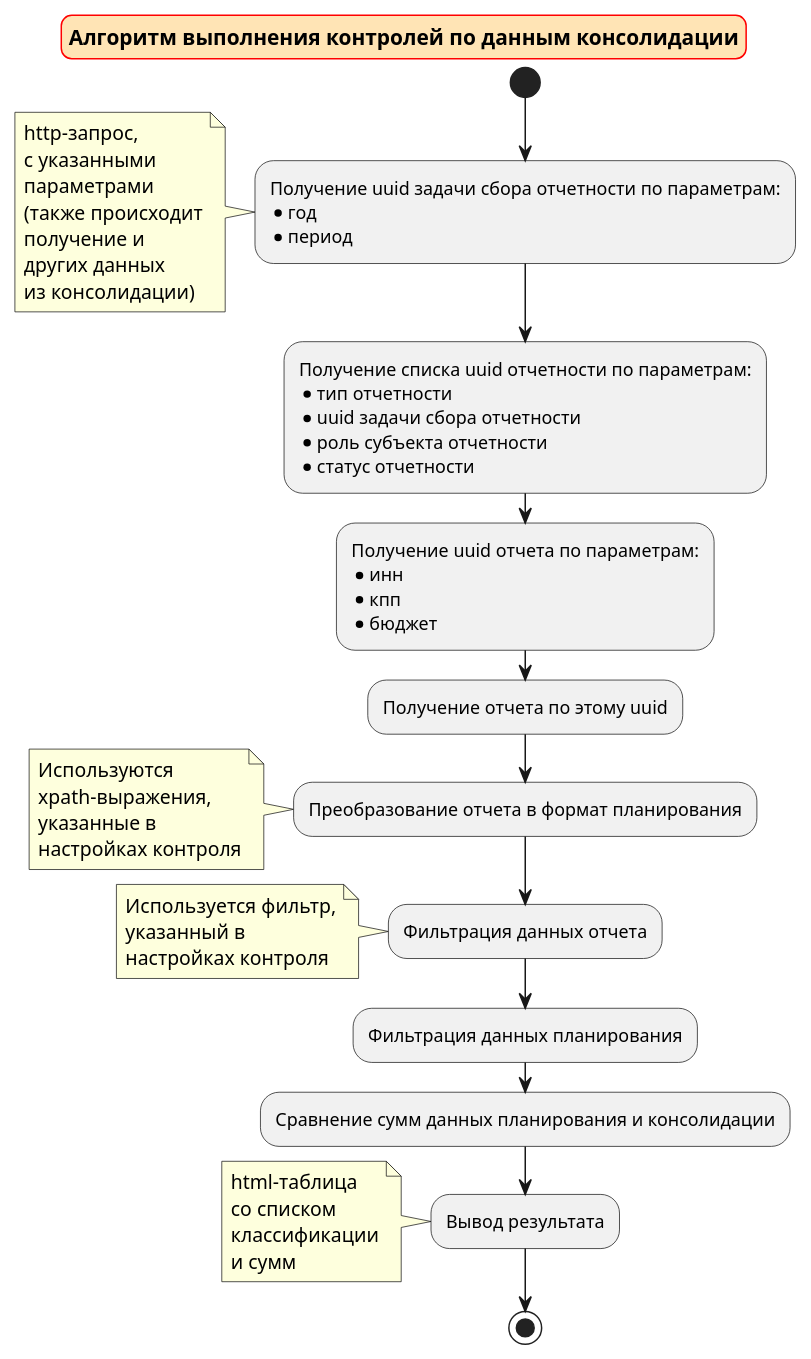
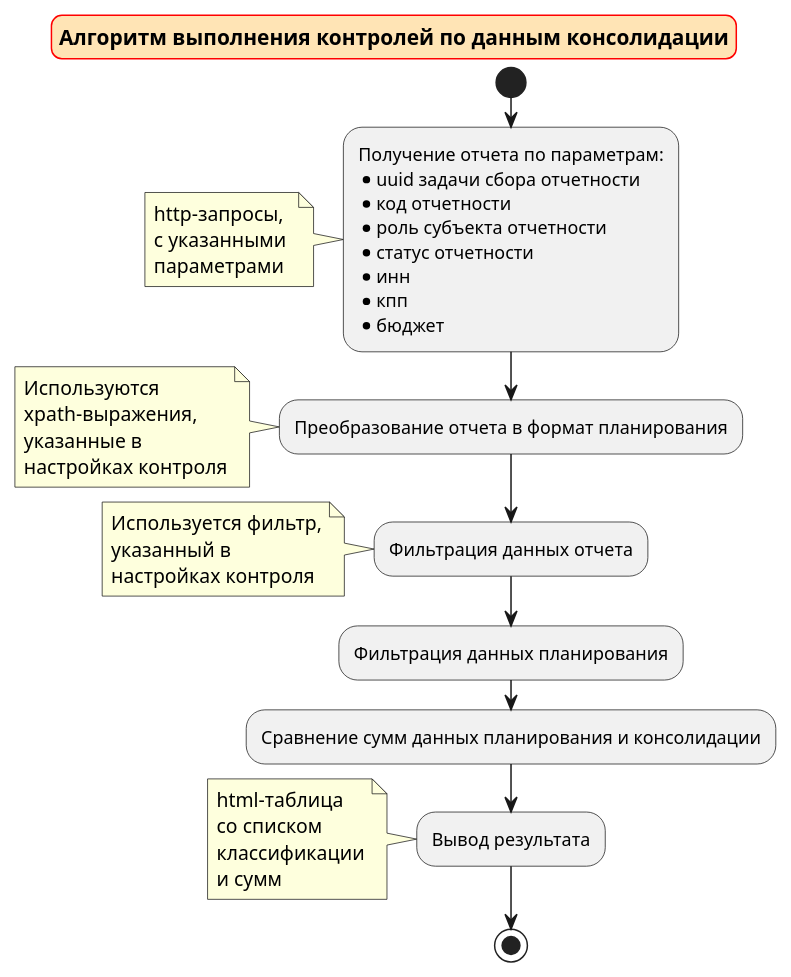
One commit to kuznetsoviv/krista-attestation changed the diagram in diagram_src/cons_algorithm.puml. Above: the diagram before and after it, drawn with PlantUML. The commit also changed 4 other files, not shown here.

```diff
--- a/diagram_src/cons_algorithm.puml
+++ b/diagram_src/cons_algorithm.puml
@@ -1,52 +1,43 @@
 @startuml
 start
 skinparam titleBorderRoundCorner 14
 skinparam titleBorderColor red
 skinparam titleBackgroundColor Moccasin
 title **Алгоритм выполнения контролей по данным консолидации**
-:Получение uuid задачи сбора отчетности по параметрам:
-*год
-*период;
-note left
-http-запрос, 
-с указанными 
-параметрами
-(также происходит
-получение и 
-других данных
-из консолидации)
-end note
-:Получение списка uuid отчетности по параметрам:
-*тип отчетности
+:Получение отчета по параметрам:
 *uuid задачи сбора отчетности
+*код отчетности
 *роль субъекта отчетности
-*статус отчетности;
-:Получение uuid отчета по параметрам:
+*статус отчетности
 *инн
 *кпп
 *бюджет;
-:Получение отчета по этому uuid;
+note left
+http-запросы, 
+с указанными 
+параметрами
+end note
 :Преобразование отчета в формат планирования;
 note left
 Используются 
 xpath-выражения,
 указанные в 
 настройках контроля
 end note
 :Фильтрация данных отчета;
 note left
 Используется фильтр,
 указанный в 
 настройках контроля
 end note
 :Фильтрация данных планирования;
 :Сравнение сумм данных планирования и консолидации;
 :Вывод результата;
 note left
 html-таблица
 со списком 
 классификации
 и сумм
 end note
 stop
 @enduml
```
